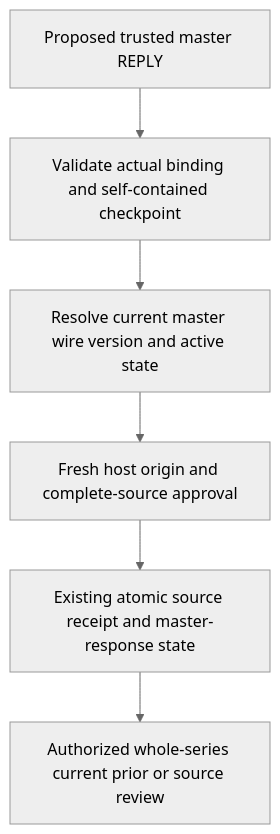
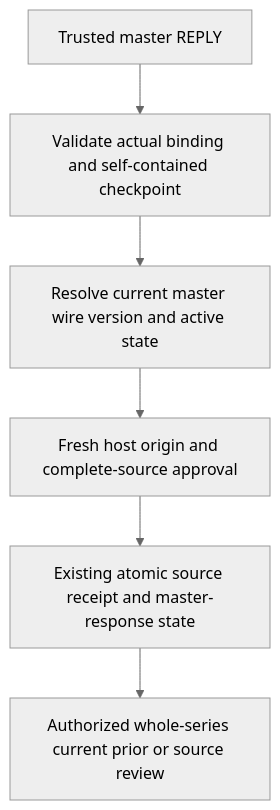
Before and after one commit to jimmyspets/serverpod_calendar: the diagram in docs/adr/0132-recurring-master-attendee-replies.md, drawn with Mermaid (neutral theme). The commit also changed other lines of this file and 31 other files, not shown here.

````diff
--- a/docs/adr/0132-recurring-master-attendee-replies.md
+++ b/docs/adr/0132-recurring-master-attendee-replies.md
@@ -43,8 +43,8 @@
 ```mermaid
 flowchart TD
-  A[Proposed trusted master REPLY] --> B[Validate actual binding and self-contained checkpoint]
+  A[Trusted master REPLY] --> B[Validate actual binding and self-contained checkpoint]
   B --> C[Resolve current master wire version and active state]
   C --> D[Fresh host origin and complete-source approval]
   D --> E[Existing atomic source receipt and master-response state]
   E --> F[Authorized whole-series current prior or source review]
 ```
````
